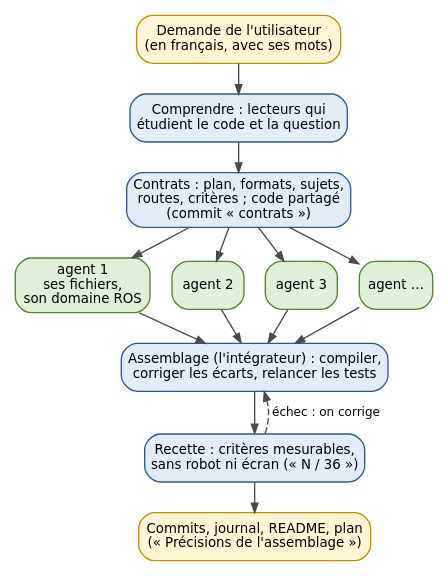
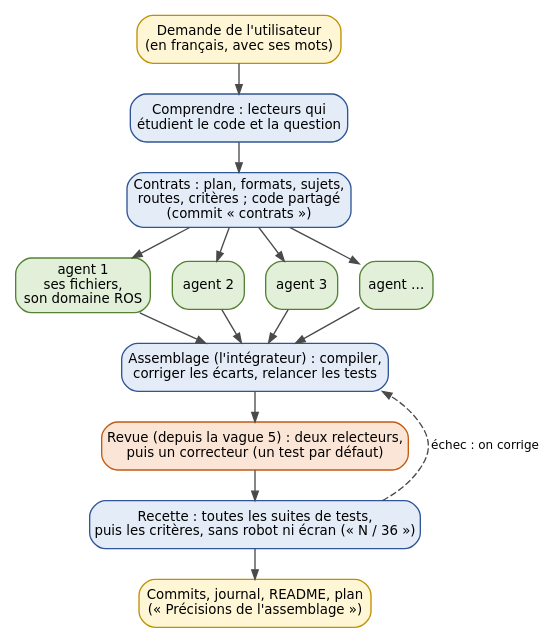
Before and after one commit to Toyer719/UnitreeG1edu_ESME: the diagram in docs/word/sources/logiciel/schemas/methode.dot, drawn with Graphviz. The commit also changed 19 other files, not shown here.

```diff
--- a/docs/word/sources/logiciel/schemas/methode.dot
+++ b/docs/word/sources/logiciel/schemas/methode.dot
@@ -1,24 +1,25 @@
 // La méthode d'une vague (chapitre 10)
 digraph methode {
   graph [fontname="DejaVu Sans", fontsize=10.5, rankdir=TB, nodesep=0.22, ranksep=0.3, newrank=true];
   node  [fontname="DejaVu Sans", fontsize=10, shape=box, style="rounded,filled", fillcolor="#E3ECF7", color="#2F5597", margin="0.10,0.05"];
   edge  [fontname="DejaVu Sans", fontsize=9, color="#4A4A4A", arrowsize=0.7];
 
   demande [label="Demande de l'utilisateur\n(en français, avec ses mots)", fillcolor="#FFF6D5", color="#BF9000"];
   comprendre [label="Comprendre : lecteurs qui\nétudient le code et la question"];
   contrats [label="Contrats : plan, formats, sujets,\nroutes, critères ; code partagé\n(commit « contrats »)"];
   a1 [label="agent 1\nses fichiers,\nson domaine ROS", fillcolor="#E2F0D9", color="#548235"];
   a2 [label="agent 2", fillcolor="#E2F0D9", color="#548235"];
   a3 [label="agent 3", fillcolor="#E2F0D9", color="#548235"];
   a4 [label="agent …", fillcolor="#E2F0D9", color="#548235"];
   assemblage [label="Assemblage (l'intégrateur) : compiler,\ncorriger les écarts, relancer les tests"];
-  recette [label="Recette : critères mesurables,\nsans robot ni écran (« N / 36 »)"];
+  revue [label="Revue (depuis la vague 5) : deux relecteurs,\npuis un correcteur (un test par défaut)", fillcolor="#FBE5D6", color="#C55A11"];
+  recette [label="Recette : toutes les suites de tests,\npuis les critères, sans robot ni écran (« N / 36 »)"];
   livraison [label="Commits, journal, README, plan\n(« Précisions de l'assemblage »)", fillcolor="#FFF6D5", color="#BF9000"];
 
   demande -> comprendre -> contrats;
   contrats -> a1; contrats -> a2; contrats -> a3; contrats -> a4;
   a1 -> assemblage; a2 -> assemblage; a3 -> assemblage; a4 -> assemblage;
-  assemblage -> recette -> livraison;
+  assemblage -> revue -> recette -> livraison;
   recette -> assemblage [label=" échec : on corrige", style=dashed, constraint=false];
   {rank=same; a1; a2; a3; a4}
 }
```
